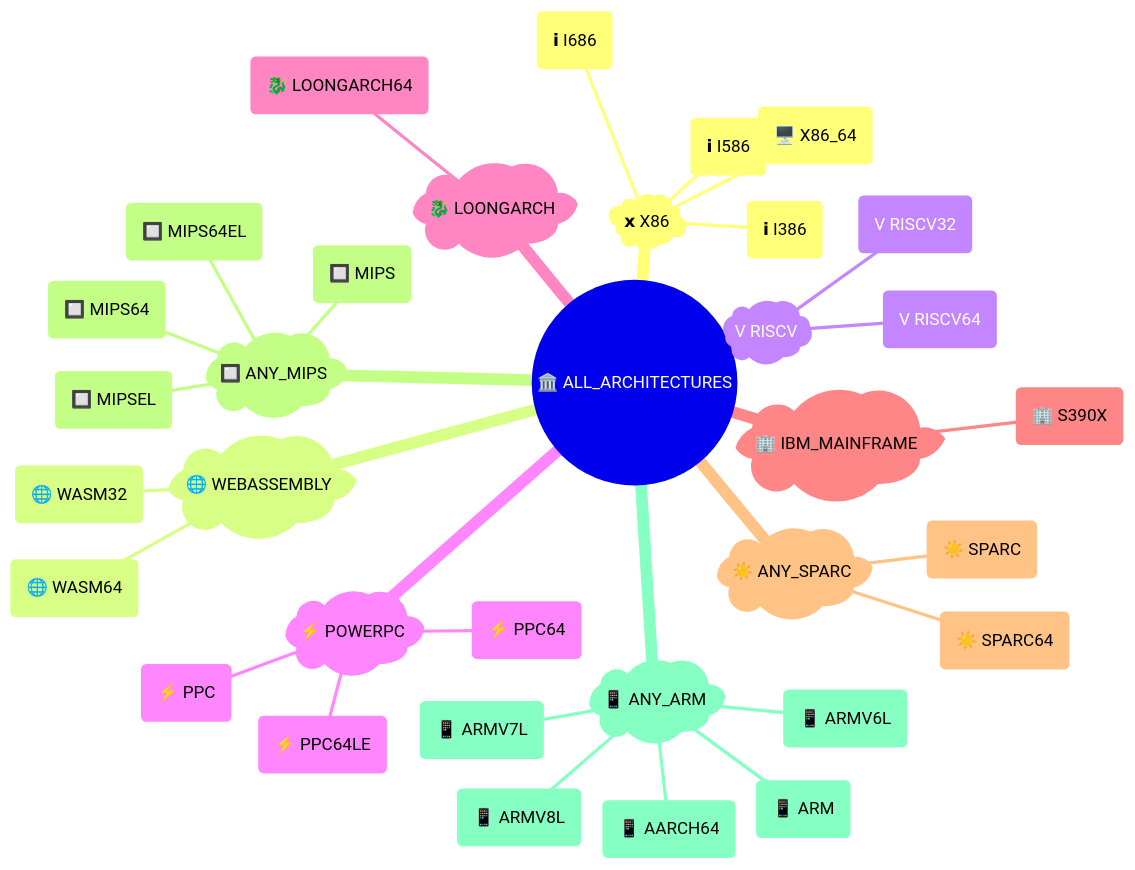
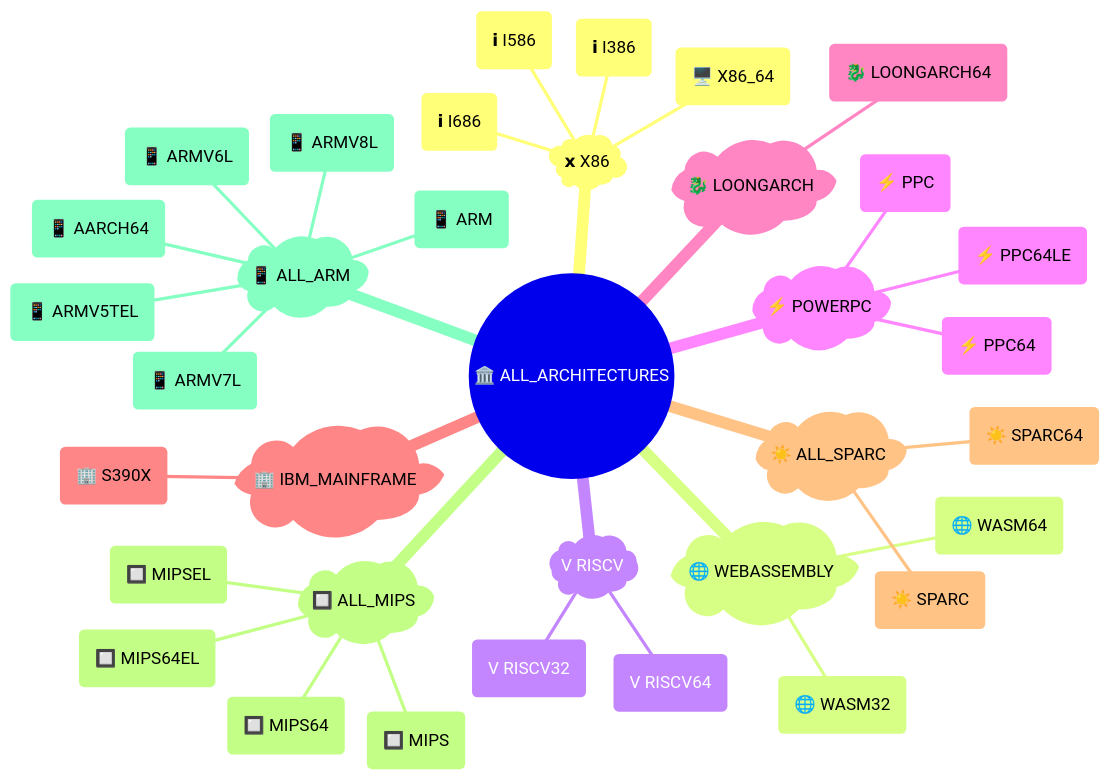
One commit to kdeldycke/extra-platforms changed the first of 3 diagrams in readme.md. Above: the diagram before and after it, drawn with Mermaid. The commit also changed 2 other files, not shown here.

Commit message:
Cleanup `docs_update.py`

````diff
--- a/readme.md
+++ b/readme.md
@@ -204,40 +204,41 @@
 ```mermaid
 ---
 config: {"mindmap": {"padding": 5}}
 ---
 mindmap
     ((🏛️ ALL_ARCHITECTURES))
         )𝘅 X86(
             (𝗶 I386)
             (𝗶 I586)
             (𝗶 I686)
             (🖥️ X86_64)
         )🌐 WEBASSEMBLY(
             (🌐 WASM32)
             (🌐 WASM64)
         )Ⅴ RISCV(
             (Ⅴ RISCV32)
             (Ⅴ RISCV64)
         )⚡ POWERPC(
             (⚡ PPC)
             (⚡ PPC64)
             (⚡ PPC64LE)
         )🐉 LOONGARCH(
             (🐉 LOONGARCH64)
         )🏢 IBM_MAINFRAME(
             (🏢 S390X)
-        )☀️ ANY_SPARC(
+        )☀️ ALL_SPARC(
             (☀️ SPARC)
             (☀️ SPARC64)
-        )🔲 ANY_MIPS(
+        )🔲 ALL_MIPS(
             (🔲 MIPS)
             (🔲 MIPS64)
             (🔲 MIPS64EL)
             (🔲 MIPSEL)
-        )📱 ANY_ARM(
+        )📱 ALL_ARM(
             (📱 AARCH64)
             (📱 ARM)
+            (📱 ARMV5TEL)
             (📱 ARMV6L)
             (📱 ARMV7L)
             (📱 ARMV8L)
 ```
````
